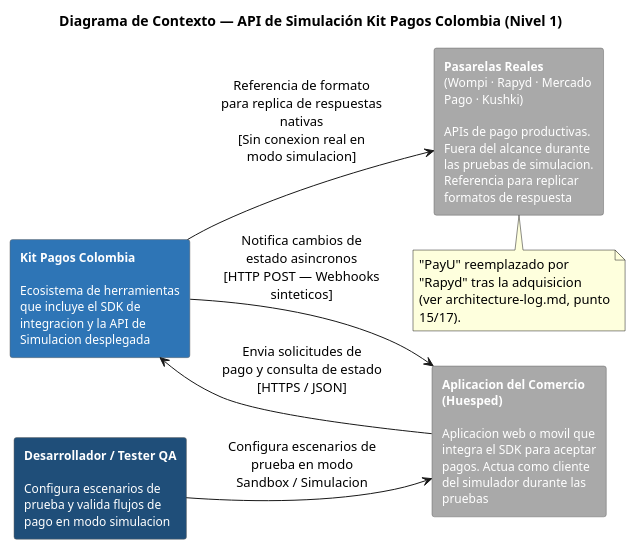
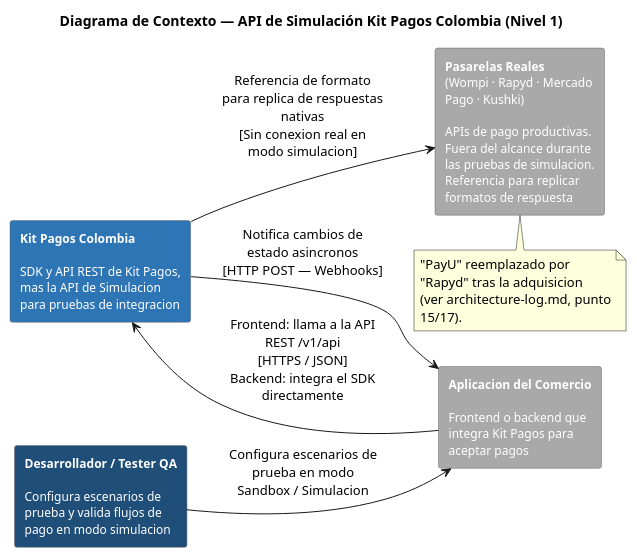
One commit to PurosBrothers/Kit-Pagos-Colombia---Tesis changed the diagram in docs/architecture/Simulador API/diagrams-source/context-diagram.puml. Above: the diagram before and after it, drawn with PlantUML. The commit also changed 13 other files, not shown here.

Commit message:
docs(docs): document REST architecture and refresh diagrams

```diff
--- a/docs/architecture/Simulador API/diagrams-source/context-diagram.puml
+++ b/docs/architecture/Simulador API/diagrams-source/context-diagram.puml
@@ -1,28 +1,28 @@
 @startuml Context Diagram - Simulador API
 title Diagrama de Contexto — API de Simulación Kit Pagos Colombia (Nivel 1)
 left to right direction
 skinparam backgroundColor white
 skinparam rectangleFontSize 12
 skinparam wrapWidth 200
 skinparam rectangle {
   BorderColor #666666
   ArrowColor #666666
   FontColor white
 }
 
 rectangle "**Desarrollador / Tester QA**\n\nConfigura escenarios de\nprueba y valida flujos de\npago en modo simulacion" as Dev #1F4E79
-rectangle "**Aplicacion del Comercio (Huesped)**\n\nAplicacion web o movil que\nintegra el SDK para aceptar\npagos. Actua como cliente\ndel simulador durante las\npruebas" as Comercio #A9A9A9
-rectangle "**Kit Pagos Colombia**\n\nEcosistema de herramientas\nque incluye el SDK de\nintegracion y la API de\nSimulacion desplegada" as KitPagos #2E75B6
+rectangle "**Aplicacion del Comercio**\n\nFrontend o backend que\nintegra Kit Pagos para\naceptar pagos" as Comercio #A9A9A9
+rectangle "**Kit Pagos Colombia**\n\nSDK y API REST de Kit Pagos,\nmas la API de Simulacion\npara pruebas de integracion" as KitPagos #2E75B6
 rectangle "**Pasarelas Reales**\n(Wompi · Rapyd · Mercado\nPago · Kushki)\n\nAPIs de pago productivas.\nFuera del alcance durante\nlas pruebas de simulacion.\nReferencia para replicar\nformatos de respuesta" as Pasarelas #A9A9A9
 
 Dev --> Comercio : Configura escenarios de\nprueba en modo\nSandbox / Simulacion
-Comercio --> KitPagos : Envia solicitudes de\npago y consulta de estado\n[HTTPS / JSON]
-KitPagos --> Comercio : Notifica cambios de\nestado asincronos\n[HTTP POST — Webhooks\nsinteticos]
+Comercio --> KitPagos : Frontend: llama a la API\nREST /v1/api\n[HTTPS / JSON]\nBackend: integra el SDK\ndirectamente
+KitPagos --> Comercio : Notifica cambios de\nestado asincronos\n[HTTP POST — Webhooks]
 KitPagos --> Pasarelas : Referencia de formato\npara replica de respuestas\nnativas\n[Sin conexion real en\nmodo simulacion]
 
 note bottom of Pasarelas
   "PayU" reemplazado por "Rapyd" tras la adquisicion
   (ver architecture-log.md, punto 15/17).
 end note
 
 @enduml
```
